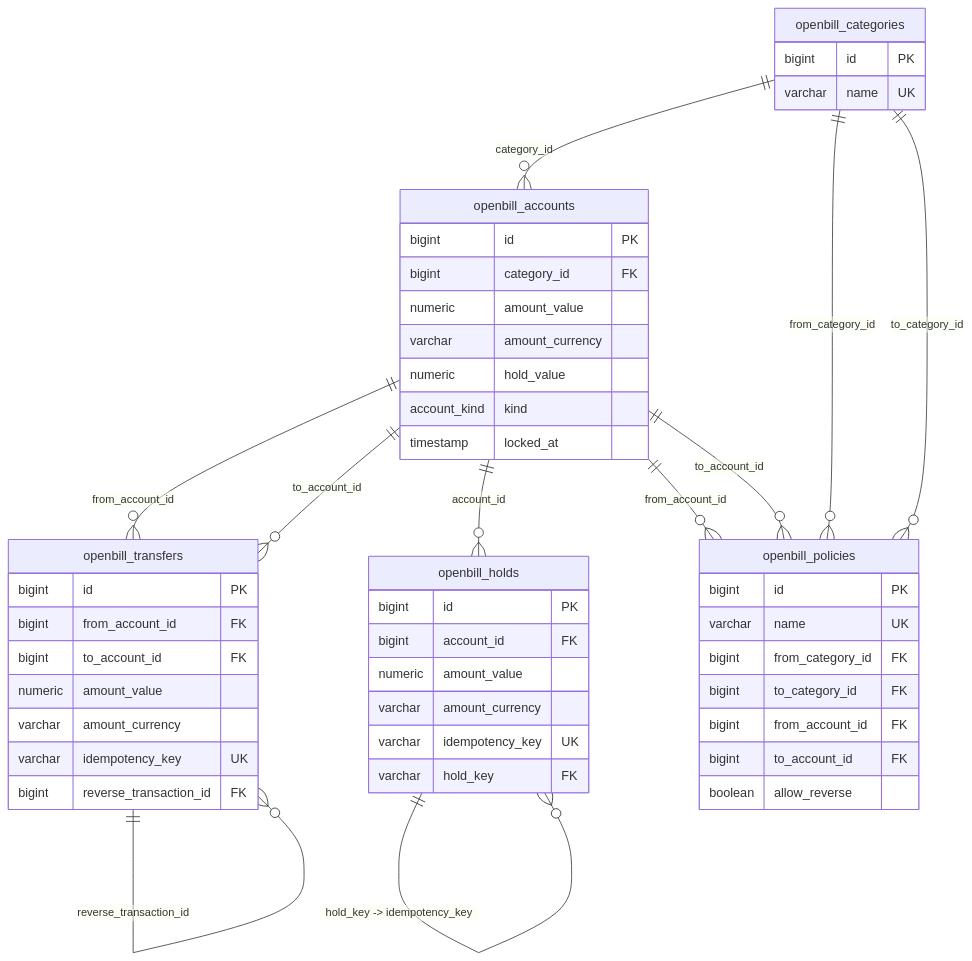
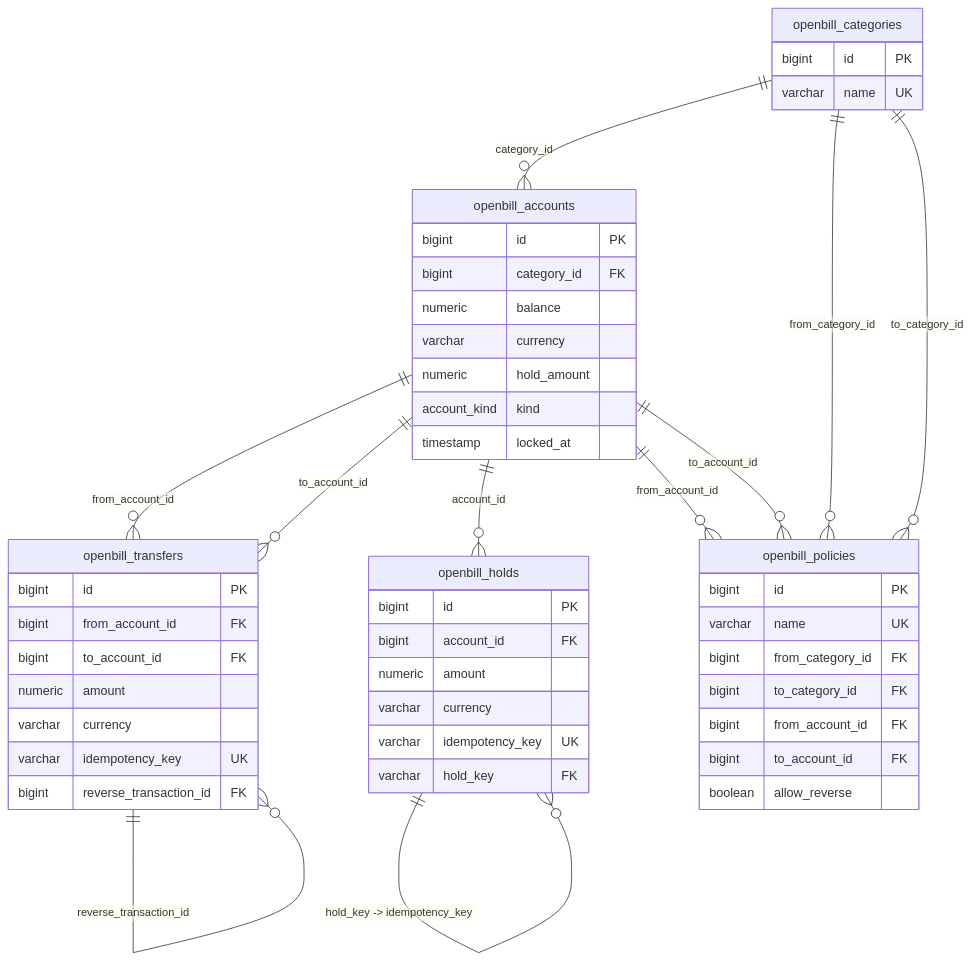
One commit to openbill-service/openbill-core changed the diagram in docs/entities/index.md. Above: the diagram before and after it, drawn with Mermaid. The commit also changed 30 other files, not shown here.

````diff
--- a/docs/entities/index.md
+++ b/docs/entities/index.md
@@ -25,60 +25,60 @@
 ```mermaid
 erDiagram
     openbill_categories {
       bigint id PK
       varchar name UK
     }
 
     openbill_accounts {
       bigint id PK
       bigint category_id FK
-      numeric amount_value
-      varchar amount_currency
-      numeric hold_value
+      numeric balance
+      varchar currency
+      numeric hold_amount
       account_kind kind
       timestamp locked_at
     }
 
     openbill_transfers {
       bigint id PK
       bigint from_account_id FK
       bigint to_account_id FK
-      numeric amount_value
-      varchar amount_currency
+      numeric amount
+      varchar currency
       varchar idempotency_key UK
       bigint reverse_transaction_id FK
     }
 
     openbill_policies {
       bigint id PK
       varchar name UK
       bigint from_category_id FK
       bigint to_category_id FK
       bigint from_account_id FK
       bigint to_account_id FK
       boolean allow_reverse
     }
 
     openbill_holds {
       bigint id PK
       bigint account_id FK
-      numeric amount_value
-      varchar amount_currency
+      numeric amount
+      varchar currency
       varchar idempotency_key UK
       varchar hold_key FK
     }
 
     openbill_categories ||--o{ openbill_accounts : "category_id"
 
     openbill_accounts ||--o{ openbill_transfers : "from_account_id"
     openbill_accounts ||--o{ openbill_transfers : "to_account_id"
     openbill_transfers ||--o{ openbill_transfers : "reverse_transaction_id"
 
     openbill_accounts ||--o{ openbill_holds : "account_id"
     openbill_holds ||--o{ openbill_holds : "hold_key -> idempotency_key"
 
     openbill_categories ||--o{ openbill_policies : "from_category_id"
     openbill_categories ||--o{ openbill_policies : "to_category_id"
     openbill_accounts ||--o{ openbill_policies : "from_account_id"
     openbill_accounts ||--o{ openbill_policies : "to_account_id"
 ```
````
